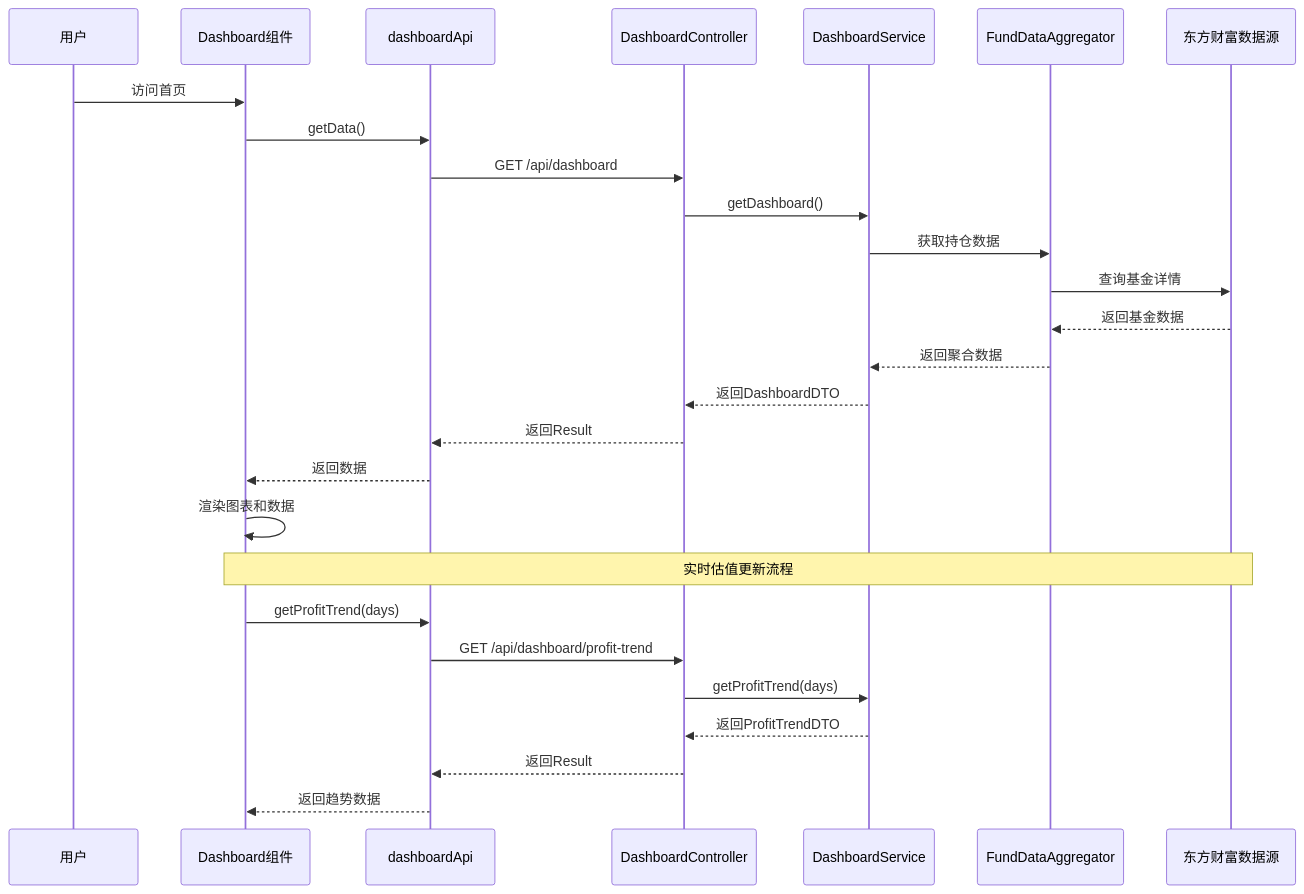
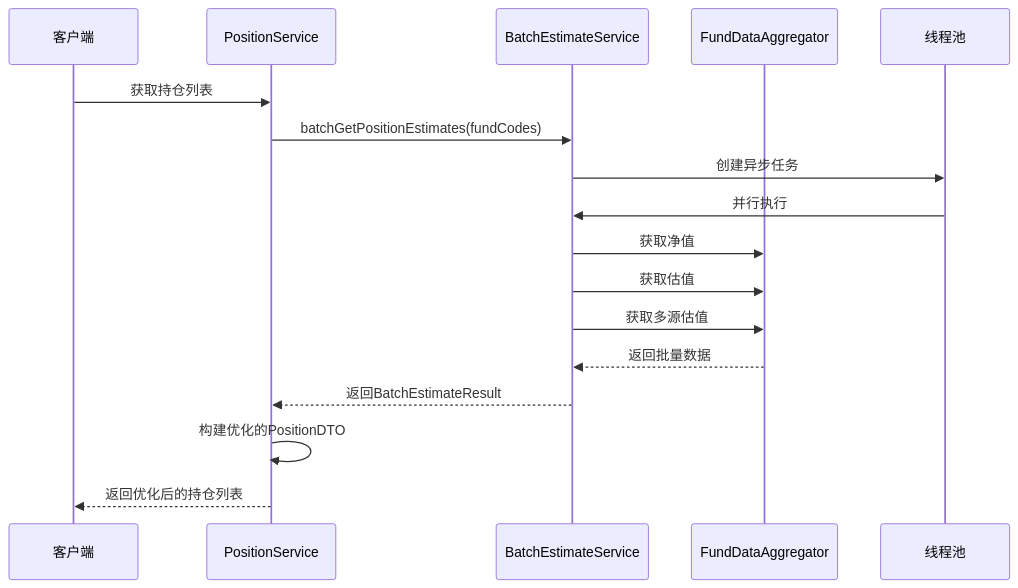
The third of 11 diagrams in .qoder/repowiki/zh/content/核心功能开发/实时市场数据可视化.md (gree-coder/fund-butler), drawn with Mermaid before and after one commit. The commit also changed other lines of this file and 23 other files, not shown here.

````diff
--- a/.qoder/repowiki/zh/content/核心功能开发/实时市场数据可视化.md
+++ b/.qoder/repowiki/zh/content/核心功能开发/实时市场数据可视化.md
@@ -134,29 +177,19 @@
 ```mermaid
 sequenceDiagram
-participant User as 用户
-participant Dashboard as Dashboard组件
-participant API as dashboardApi
-participant Controller as DashboardController
-participant Service as DashboardService
+participant Client as 客户端
+participant Service as PositionService
+participant BatchService as BatchEstimateService
 participant Aggregator as FundDataAggregator
-participant DataSource as 东方财富数据源
-User->>Dashboard : 访问首页
-Dashboard->>API : getData()
-API->>Controller : GET /api/dashboard
-Controller->>Service : getDashboard()
-Service->>Aggregator : 获取持仓数据
-Aggregator->>DataSource : 查询基金详情
-DataSource-->>Aggregator : 返回基金数据
-Aggregator-->>Service : 返回聚合数据
-Service-->>Controller : 返回DashboardDTO
-Controller-->>API : 返回Result
-API-->>Dashboard : 返回数据
-Dashboard->>Dashboard : 渲染图表和数据
-Note over Dashboard,DataSource : 实时估值更新流程
-Dashboard->>API : getProfitTrend(days)
-API->>Controller : GET /api/dashboard/profit-trend
-Controller->>Service : getProfitTrend(days)
-Service-->>Controller : 返回ProfitTrendDTO
-Controller-->>API : 返回Result
-API-->>Dashboard : 返回趋势数据
+participant Pool as 线程池
+Client->>Service : 获取持仓列表
+Service->>BatchService : batchGetPositionEstimates(fundCodes)
+BatchService->>Pool : 创建异步任务
+Pool->>BatchService : 并行执行
+BatchService->>Aggregator : 获取净值
+BatchService->>Aggregator : 获取估值
+BatchService->>Aggregator : 获取多源估值
+Aggregator-->>BatchService : 返回批量数据
+BatchService-->>Service : 返回BatchEstimateResult
+Service->>Service : 构建优化的PositionDTO
+Service-->>Client : 返回优化后的持仓列表
 ```
````
